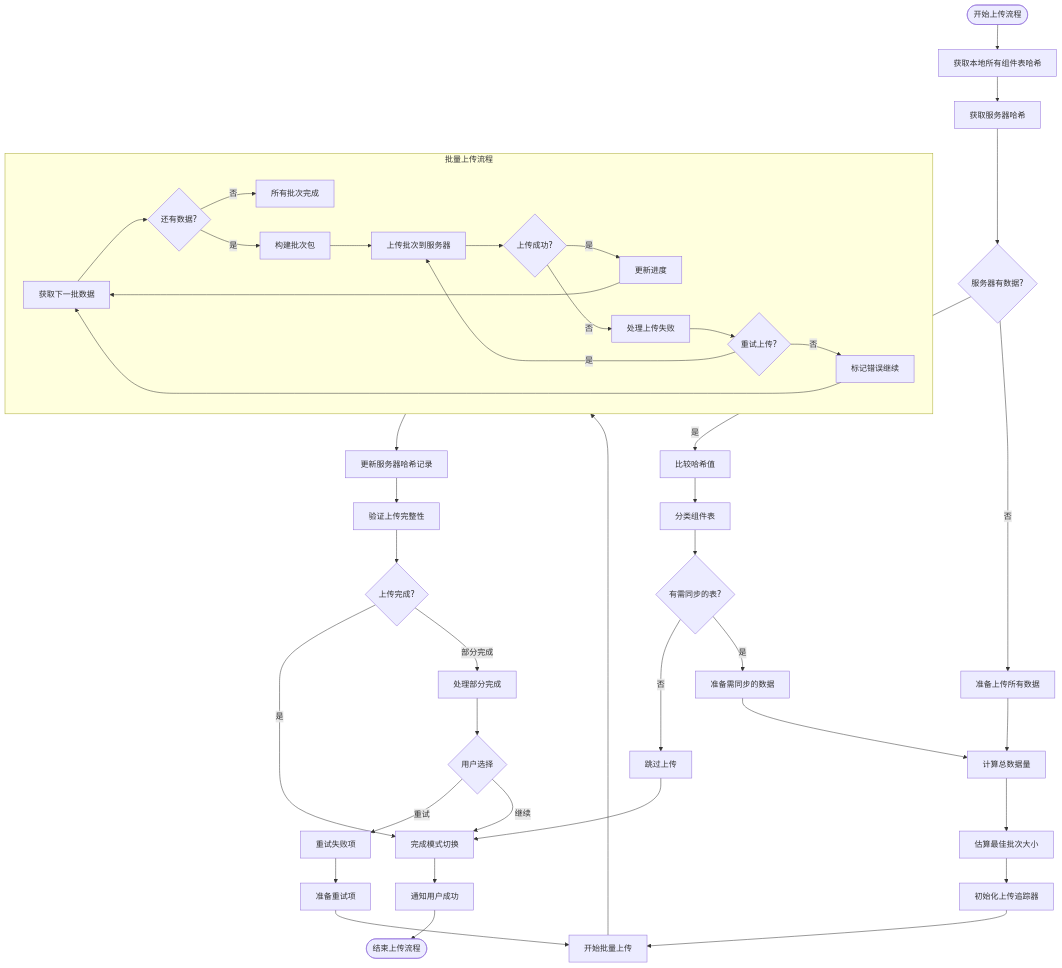
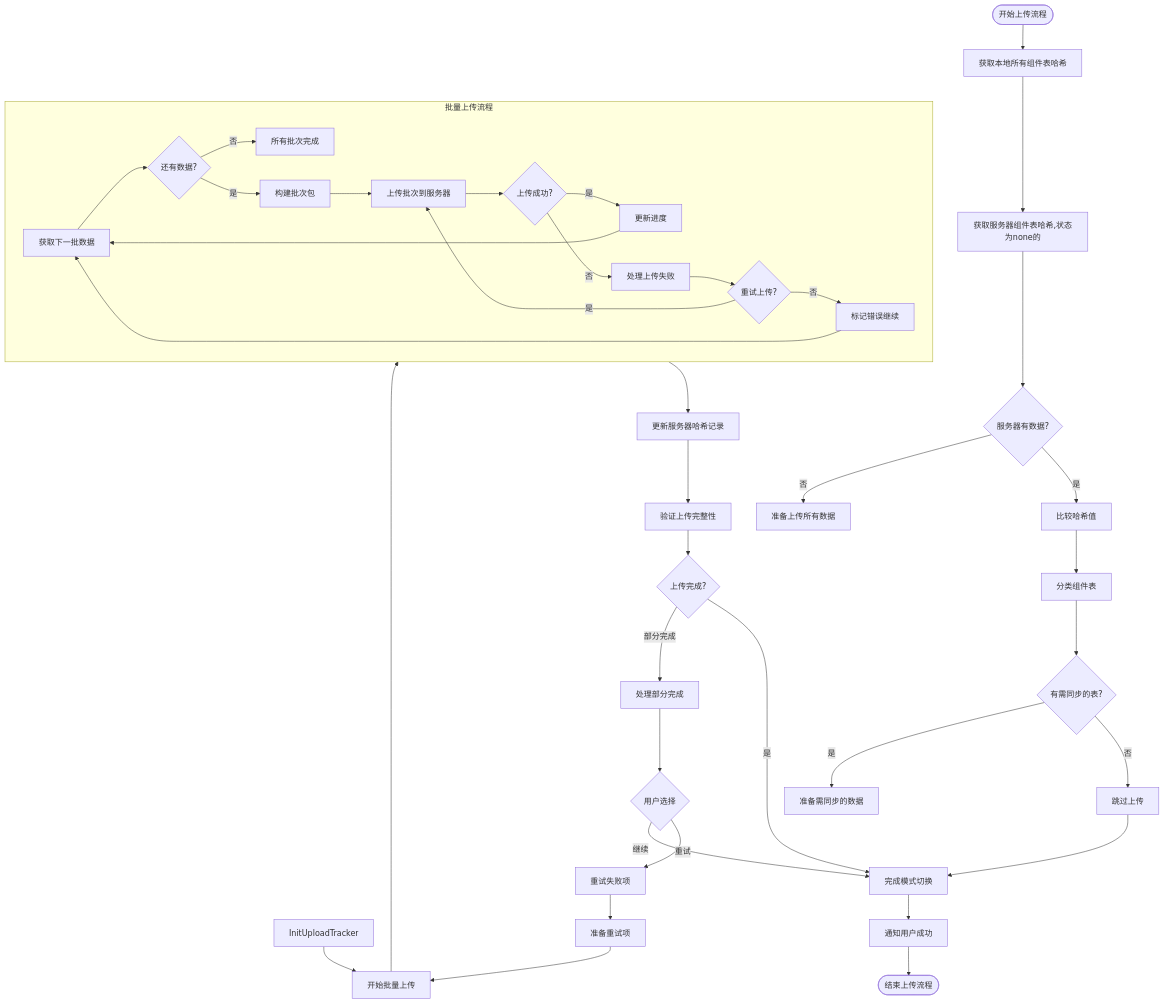
Before and after one commit to yingjianzh/iodraw-files: the diagram in all/未命名-50.md, drawn with Mermaid.

Commit message:
2025-05-08 17:06:06 update

````diff
--- a/all/未命名-50.md
+++ b/all/未命名-50.md
@@ -1,59 +1,55 @@
 ```mermaid
 flowchart TD
     Start([开始上传流程]) --> CollectLocalHashes[获取本地所有组件表哈希]
-    CollectLocalHashes --> FetchServerHashes[获取服务器哈希]
+    CollectLocalHashes --> FetchServerHashes[获取服务器组件表哈希,状态为none的]
     
     FetchServerHashes --> ServerHasData{服务器有数据?}
     
     ServerHasData -->|是| CompareHashes[比较哈希值]
     ServerHasData -->|否| PrepareAllData[准备上传所有数据]
     
     CompareHashes --> ClassifyTables[分类组件表]
     ClassifyTables --> HasChanges{有需同步的表?}
     
     HasChanges -->|否| SkipUpload[跳过上传]
     HasChanges -->|是| PrepareChangedData[准备需同步的数据]
     
-    PrepareAllData --> CalculateSize[计算总数据量]
-    PrepareChangedData --> CalculateSize
     
-    CalculateSize --> EstimateBatchSize[估算最佳批次大小]
-    EstimateBatchSize --> InitUploadTracker[初始化上传追踪器]
     InitUploadTracker --> StartBatching[开始批量上传]
     
     subgraph BatchUpload [批量上传流程]
         B1[获取下一批数据] --> B2{还有数据?}
         B2 -->|否| BatchesComplete[所有批次完成]
         B2 -->|是| B3[构建批次包]
         B3 --> B4[上传批次到服务器]
         B4 --> B5{上传成功?}
         B5 -->|是| B6[更新进度]
         B5 -->|否| B7[处理上传失败]
         B7 --> B8{重试上传?}
         B8 -->|是| B4
         B8 -->|否| B9[标记错误继续]
         B6 --> B1
         B9 --> B1
     end
     
     StartBatching --> BatchUpload
     
     BatchUpload --> UpdateServerHashes[更新服务器哈希记录]
     UpdateServerHashes --> VerifyUpload[验证上传完整性]
     
     VerifyUpload --> UploadComplete{上传完成?}
     UploadComplete -->|是| FinalizeMode[完成模式切换]
     UploadComplete -->|部分完成| HandlePartial[处理部分完成]
     
     HandlePartial --> UserChoice{用户选择}
     UserChoice -->|重试| RetryFailed[重试失败项]
     UserChoice -->|继续| FinalizeMode
     
     RetryFailed --> PrepareRetry[准备重试项]
     PrepareRetry --> StartBatching
     
     FinalizeMode --> NotifySuccess[通知用户成功]
     NotifySuccess --> End([结束上传流程])
     
     SkipUpload --> FinalizeMode
 ```
````
